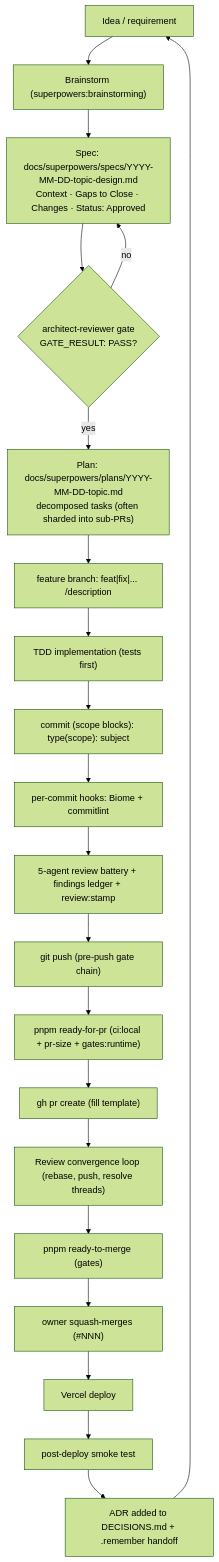
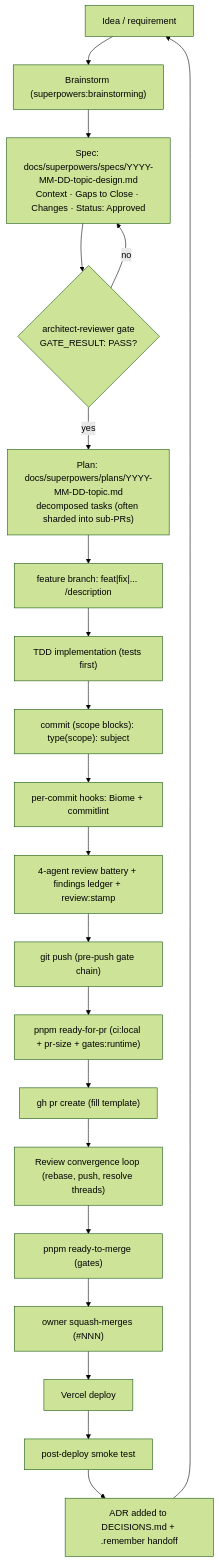
One commit to erikunha/portfolio changed the first of 2 diagrams in docs/handbook/development-lifecycle.md. Above: the diagram before and after it, drawn with Mermaid (forest theme). The commit also changed other lines of this file and 79 other files, not shown here.

````diff
--- a/docs/handbook/development-lifecycle.md
+++ b/docs/handbook/development-lifecycle.md
@@ -7,23 +7,23 @@
 ```mermaid
 flowchart TD
     idea["Idea / requirement"] --> brainstorm["Brainstorm (superpowers:brainstorming)"]
     brainstorm --> spec["Spec: docs/superpowers/specs/YYYY-MM-DD-topic-design.md<br/>Context · Gaps to Close · Changes · Status: Approved"]
     spec --> agate{"architect-reviewer gate<br/>GATE_RESULT: PASS?"}
     agate -->|no| spec
     agate -->|yes| plan["Plan: docs/superpowers/plans/YYYY-MM-DD-topic.md<br/>decomposed tasks (often sharded into sub-PRs)"]
     plan --> branch["feature branch: feat|fix|... /description"]
     branch --> tdd["TDD implementation (tests first)"]
     tdd --> commit["commit (scope blocks): type(scope): subject"]
     commit --> hooks["per-commit hooks: Biome + commitlint"]
-    hooks --> battery["5-agent review battery + findings ledger + review:stamp"]
+    hooks --> battery["4-agent review battery + findings ledger + review:stamp"]
     battery --> push["git push (pre-push gate chain)"]
     push --> readypr["pnpm ready-for-pr (ci:local + pr-size + gates:runtime)"]
     readypr --> pr["gh pr create (fill template)"]
     pr --> conv["Review convergence loop (rebase, push, resolve threads)"]
     conv --> readymerge["pnpm ready-to-merge (gates)"]
     readymerge --> merge["owner squash-merges (#NNN)"]
     merge --> deploy["Vercel deploy"]
     deploy --> smoke["post-deploy smoke test"]
     smoke --> adr["ADR added to DECISIONS.md + .remember handoff"]
     adr --> idea
 ```
````
